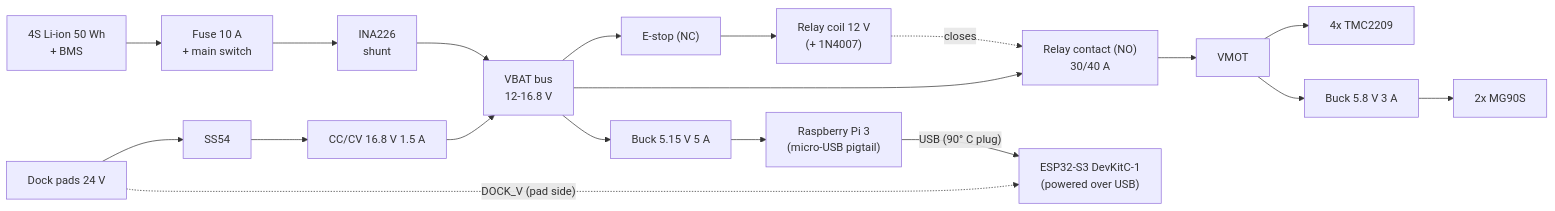
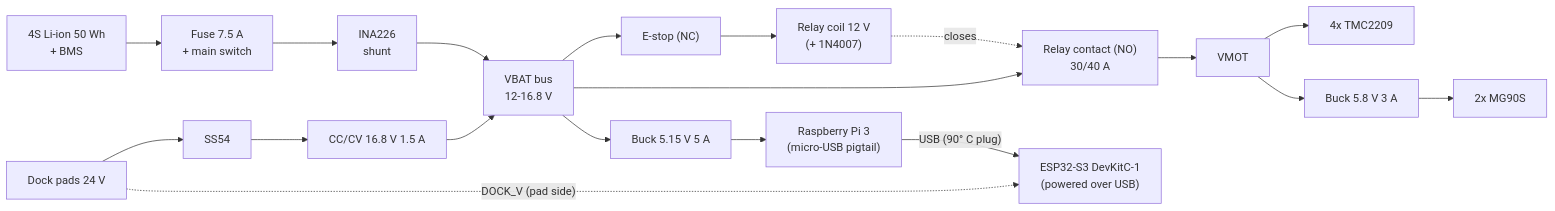
Before and after one commit to freethought101/RackBotGen3: the diagram in docs/spec/02-electrical.md, drawn with Mermaid. The commit also changed other lines of this file and 16 other files, not shown here.

````diff
--- a/docs/spec/02-electrical.md
+++ b/docs/spec/02-electrical.md
@@ -19,13 +19,13 @@
 ```mermaid
 flowchart LR
-  BAT["4S Li-ion 50 Wh\n+ BMS"] --> F["Fuse 10 A\n+ main switch"] --> INA["INA226\nshunt"] --> BUS["VBAT bus\n12-16.8 V"]
+  BAT["4S Li-ion 50 Wh\n+ BMS"] --> F["Fuse 7.5 A\n+ main switch"] --> INA["INA226\nshunt"] --> BUS["VBAT bus\n12-16.8 V"]
   DOCK["Dock pads 24 V"] --> D["SS54"] --> CHG["CC/CV 16.8 V 1.5 A"] --> BUS
   DOCK -. "DOCK_V (pad side)" .-> ESP
   BUS --> ES["E-stop (NC)"] --> K["Relay coil 12 V\n(+ 1N4007)"]
   BUS --> KC["Relay contact (NO)\n30/40 A"] --> VMOT["VMOT"]
   K -. "closes" .-> KC
   VMOT --> TMC["4x TMC2209"]
   VMOT --> B6["Buck 5.8 V 3 A"] --> SERVO["2x MG90S"]
   BUS --> B5["Buck 5.15 V 5 A"] --> PI["Raspberry Pi 3\n(micro-USB pigtail)"]
   PI -- "USB (90° C plug)" --> ESP["ESP32-S3 DevKitC-1\n(powered over USB)"]
 ```
````
